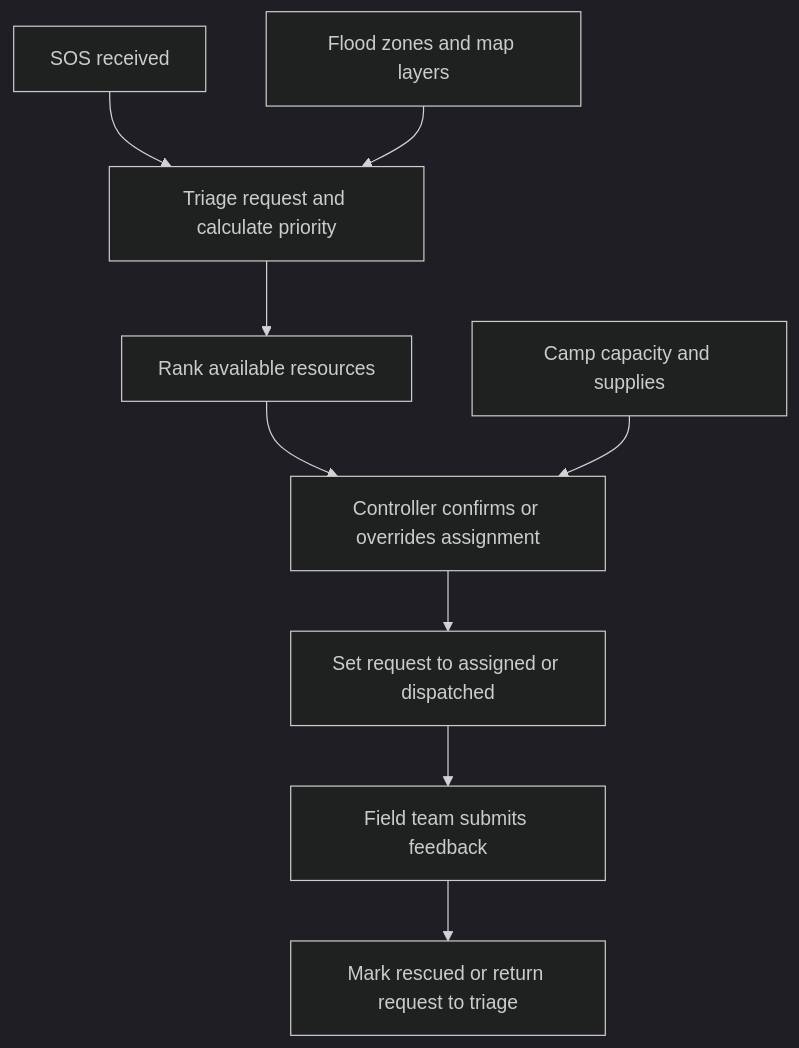
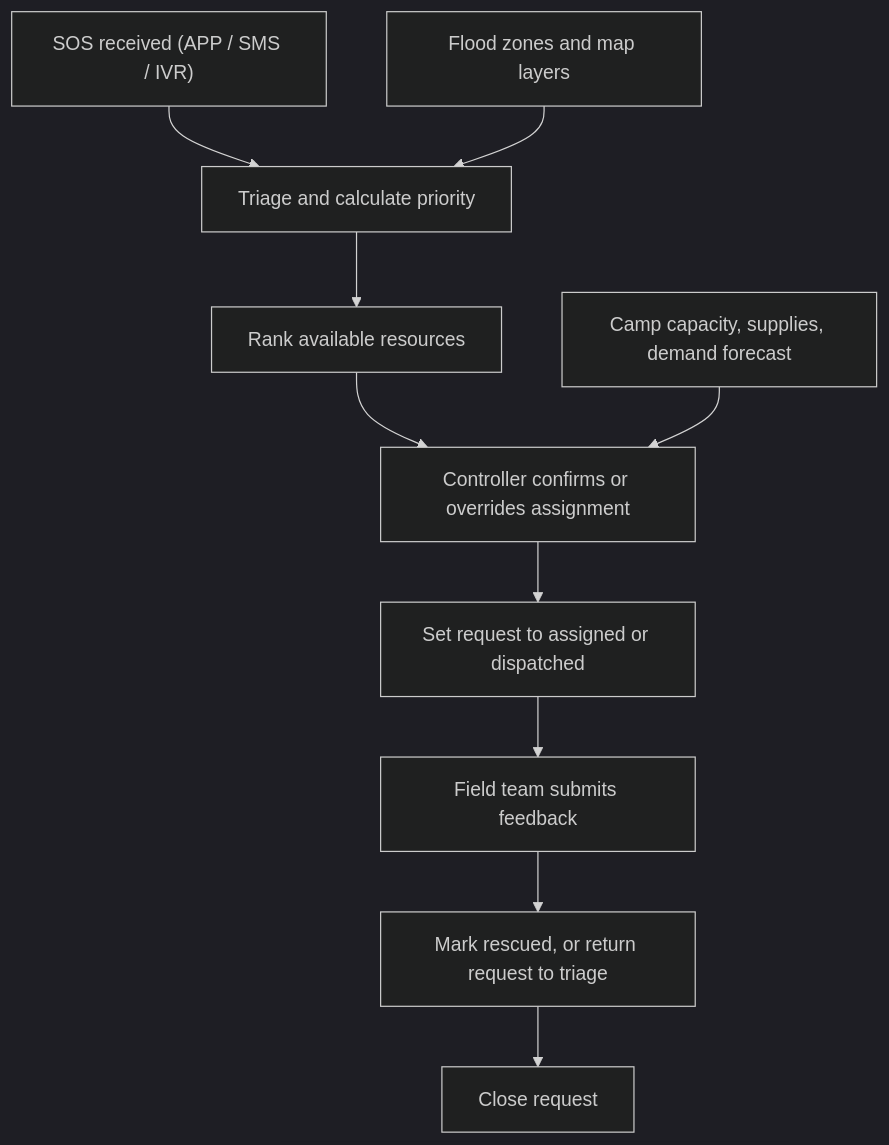
One commit to bbhavya34/ResQFlow changed the third of 4 diagrams in README.md. Above: the diagram before and after it, drawn with Mermaid (dark theme). The commit also changed other lines of this file and 13 other files, not shown here.

````diff
--- a/README.md
+++ b/README.md
@@ -30,11 +127,12 @@
 ```mermaid
 flowchart TD
-  report["SOS received"] --> triage["Triage request and calculate priority"]
+  report["SOS received (APP / SMS / IVR)"] --> triage["Triage and calculate priority"]
   triage --> match["Rank available resources"]
   match --> decision["Controller confirms or overrides assignment"]
   decision --> dispatch["Set request to assigned or dispatched"]
   dispatch --> field["Field team submits feedback"]
-  field --> resolved["Mark rescued or return request to triage"]
-  camps["Camp capacity and supplies"] --> decision
+  field --> resolved["Mark rescued, or return request to triage"]
+  resolved --> closed["Close request"]
+  camps["Camp capacity, supplies, demand forecast"] --> decision
   flood["Flood zones and map layers"] --> triage
 ```
````
